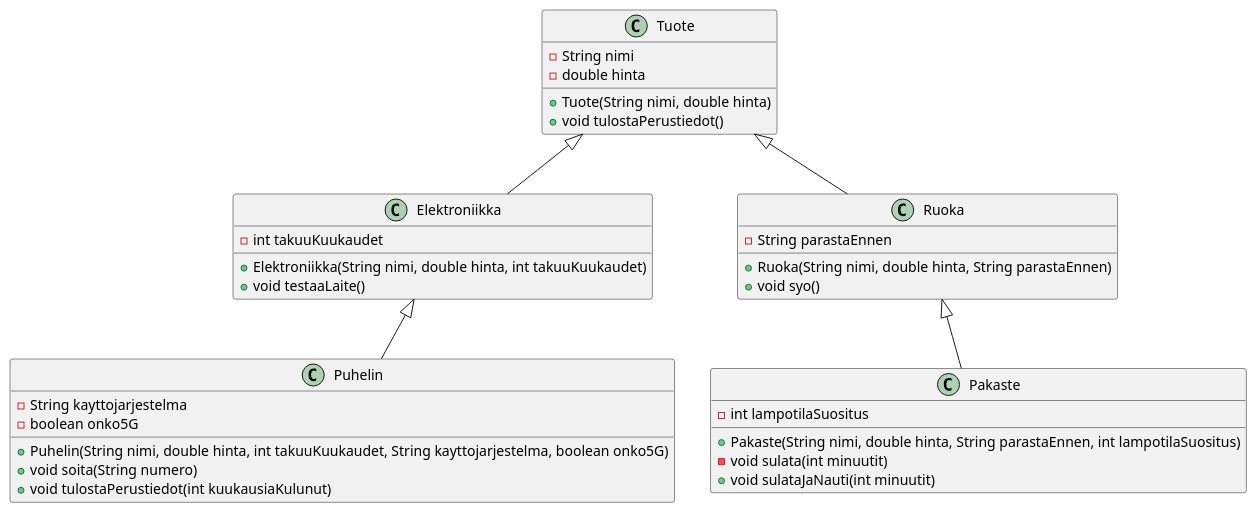
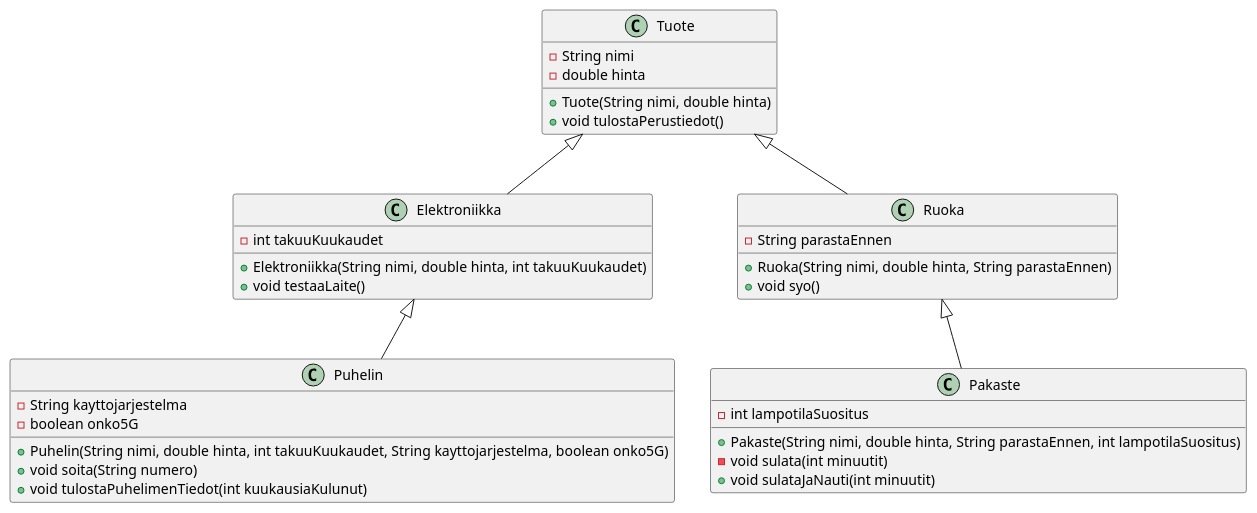
The diagram in src/exercises/3-3-verkkokauppa-3/handout.md (ISEAI-JYU/Programming-2), drawn with PlantUML before and after one commit.

````diff
--- a/src/exercises/3-3-verkkokauppa-3/handout.md
+++ b/src/exercises/3-3-verkkokauppa-3/handout.md
@@ -79,37 +79,37 @@
 ```plantuml
 @startuml
 class Tuote {
     -String nimi
     -double hinta
     +Tuote(String nimi, double hinta)
     +void tulostaPerustiedot()
 }
 class Elektroniikka {
     -int takuuKuukaudet
     +Elektroniikka(String nimi, double hinta, int takuuKuukaudet)
     +void testaaLaite()
 }
 class Ruoka {
     -String parastaEnnen
     +Ruoka(String nimi, double hinta, String parastaEnnen)
     +void syo()
 }
 class Puhelin {
     -String kayttojarjestelma
     -boolean onko5G
     +Puhelin(String nimi, double hinta, int takuuKuukaudet, String kayttojarjestelma, boolean onko5G)
     +void soita(String numero)
-    +void tulostaPerustiedot(int kuukausiaKulunut)
+    +void tulostaPuhelimenTiedot(int kuukausiaKulunut)
 }
 class Pakaste {
     -int lampotilaSuositus
     +Pakaste(String nimi, double hinta, String parastaEnnen, int lampotilaSuositus)
     -void sulata(int minuutit)
     +void sulataJaNauti(int minuutit)
 }
 Tuote <|-- Elektroniikka
 Tuote <|-- Ruoka
 Elektroniikka <|-- Puhelin
 Ruoka <|-- Pakaste
 @enduml
 ```
````
